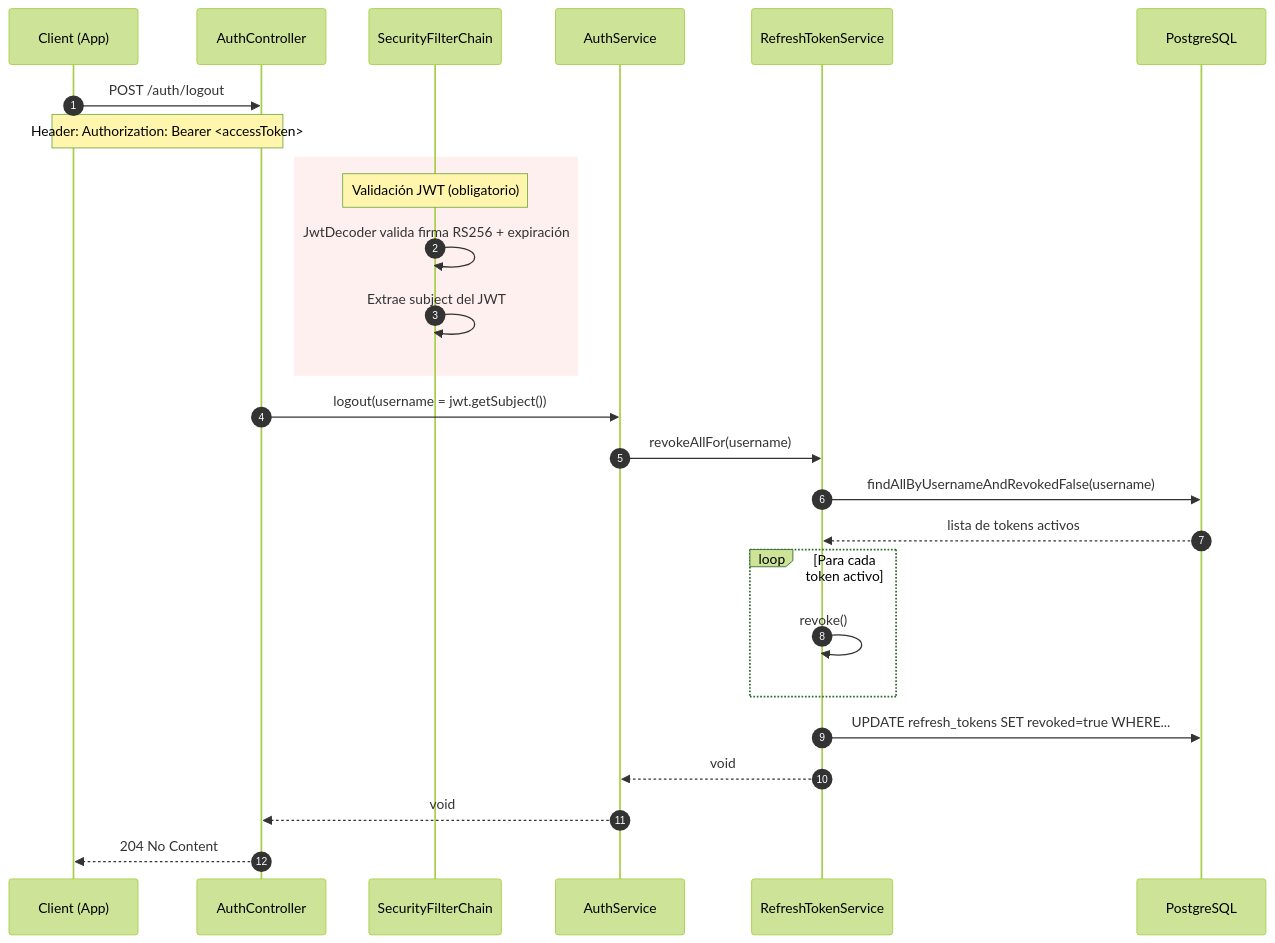
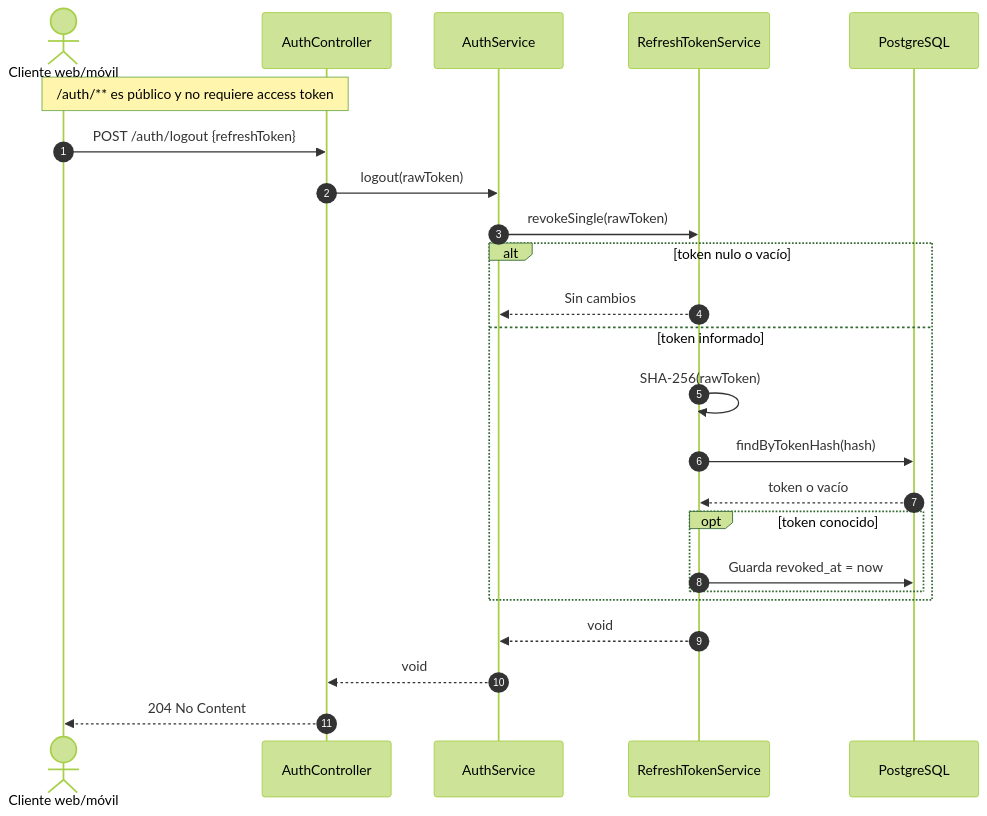
Before and after one commit to CityPass-Login-Federado/CityPass_Login_Backend: the diagram in login-federado/docs/diagrams/06-sequence-logout.md, drawn with Mermaid (forest theme). The commit also changed other lines of this file and 12 other files, not shown here.

Commit message:
Actualización y corrección de Diagramas 4+1 / C4 / Cloud con coherencia técnica.

````diff
--- a/login-federado/docs/diagrams/06-sequence-logout.md
+++ b/login-federado/docs/diagrams/06-sequence-logout.md
@@ -3,33 +5,29 @@
 ```mermaid
 sequenceDiagram
     autonumber
-    participant C as Client (App)
+    actor C as Cliente web/móvil
     participant AC as AuthController
-    participant SEC as SecurityFilterChain
     participant AS as AuthService
     participant RTS as RefreshTokenService
     participant DB as PostgreSQL
 
-    C->>AC: POST /auth/logout
-    Note over C,AC: Header: Authorization: Bearer <accessToken>
+    Note over C,AC: /auth/** es público y no requiere access token
+    C->>AC: POST /auth/logout {refreshToken}
+    AC->>AS: logout(rawToken)
+    AS->>RTS: revokeSingle(rawToken)
 
-    rect rgb(255, 240, 240)
-        Note over SEC: Validación JWT (obligatorio)
-        SEC->>SEC: JwtDecoder valida firma RS256 + expiración
-        SEC->>SEC: Extrae subject del JWT
+    alt token nulo o vacío
+        RTS-->>AS: Sin cambios
+    else token informado
+        RTS->>RTS: SHA-256(rawToken)
+        RTS->>DB: findByTokenHash(hash)
+        DB-->>RTS: token o vacío
+        opt token conocido
+            RTS->>DB: Guarda revoked_at = now
+        end
     end
 
-    AC->>AS: logout(username = jwt.getSubject())
-    AS->>RTS: revokeAllFor(username)
-    RTS->>DB: findAllByUsernameAndRevokedFalse(username)
-    DB-->>RTS: lista de tokens activos
-
-    loop Para cada token activo
-        RTS->>RTS: revoke()
-    end
-
-    RTS->>DB: UPDATE refresh_tokens SET revoked=true WHERE...
     RTS-->>AS: void
     AS-->>AC: void
     AC-->>C: 204 No Content
 ```
````
